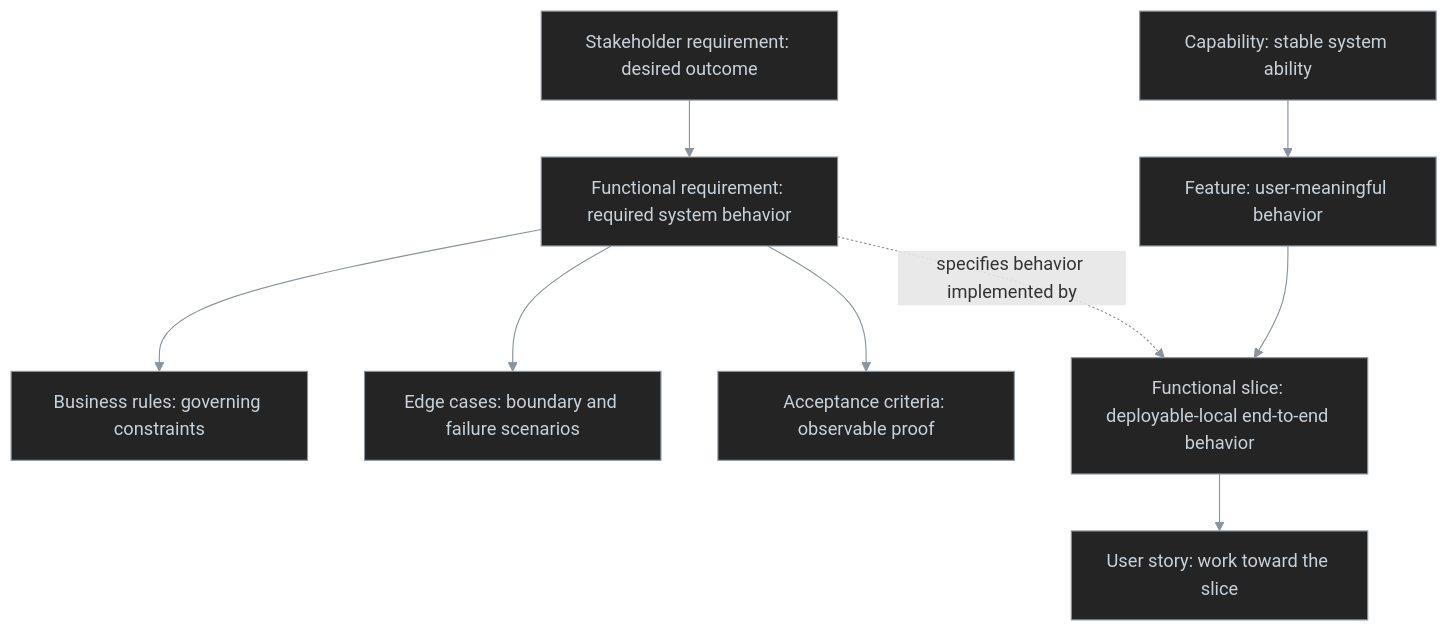
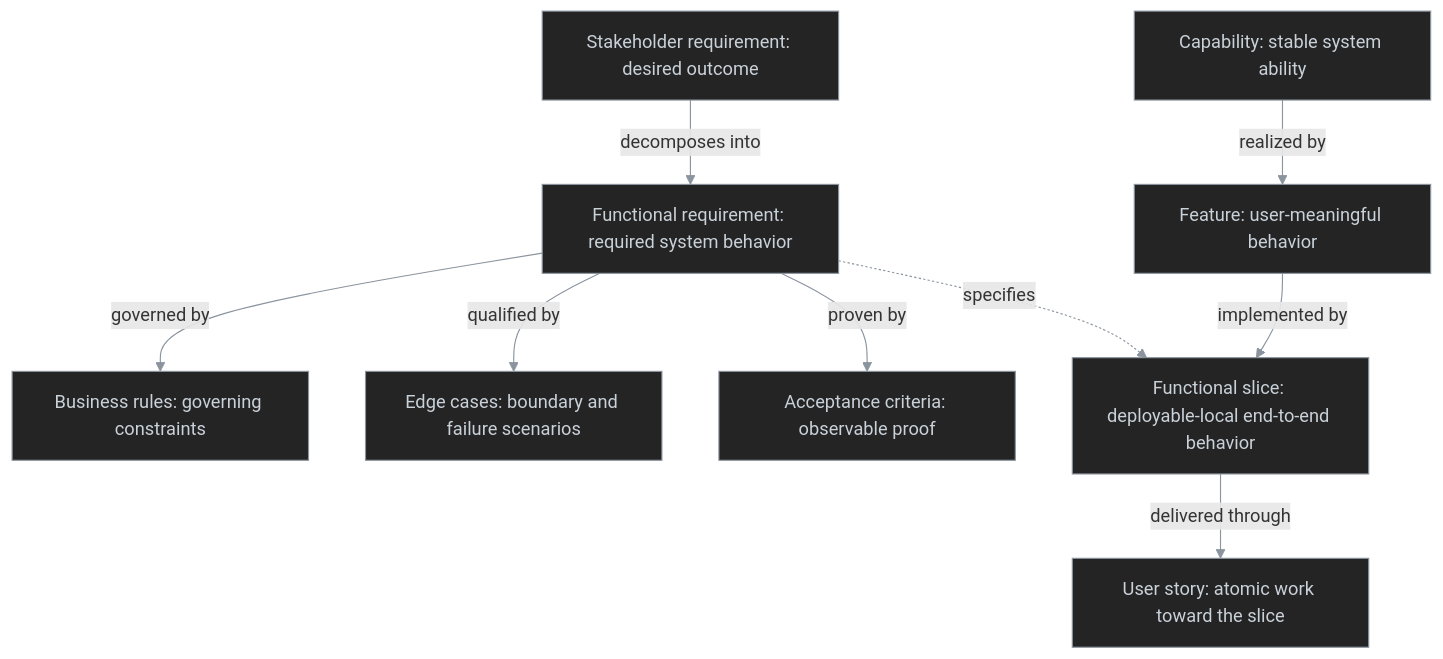
One commit to antshc/brain changed the diagram in CONTEXT.md. Above: the diagram before and after it, drawn with Mermaid. The commit also changed other lines of this file and 11 other files, not shown here.

````diff
--- a/CONTEXT.md
+++ b/CONTEXT.md
@@ -120,16 +120,16 @@
 ```mermaid
 %%{init: {'themeVariables': {'lineColor': '#8b949e'}}}%%
 %% diagram-id: requirement-to-story-hierarchy
 flowchart TD
-	stakeholderRequirement["Stakeholder requirement: desired outcome"] --> functionalRequirement["Functional requirement: required system behavior"]
-	functionalRequirement --> businessRules["Business rules: governing constraints"]
-	functionalRequirement --> edgeCases["Edge cases: boundary and failure scenarios"]
-	functionalRequirement --> acceptanceCriteria["Acceptance criteria: observable proof"]
+	stakeholderRequirement["Stakeholder requirement: desired outcome"] -->|decomposes into| functionalRequirement["Functional requirement: required system behavior"]
+	functionalRequirement -->|governed by| businessRules["Business rules: governing constraints"]
+	functionalRequirement -->|qualified by| edgeCases["Edge cases: boundary and failure scenarios"]
+	functionalRequirement -->|proven by| acceptanceCriteria["Acceptance criteria: observable proof"]
 
-	capability["Capability: stable system ability"] --> feature["Feature: user-meaningful behavior"]
-	feature --> functionalSlice["Functional slice: deployable-local end-to-end behavior"]
-	functionalRequirement -. specifies behavior implemented by .-> functionalSlice
-	functionalSlice --> userStory["User story: work toward the slice"]
+	capability["Capability: stable system ability"] -->|realized by| feature["Feature: user-meaningful behavior"]
+	feature -->|implemented by| functionalSlice["Functional slice: deployable-local end-to-end behavior"]
+	functionalRequirement -.->|specifies| functionalSlice
+	functionalSlice -->|delivered through| userStory["User story: atomic work toward the slice"]
 
 	classDef default fill:#242424,stroke:#8b949e,color:#c9d1d9,stroke-width:1px
 ```
````
